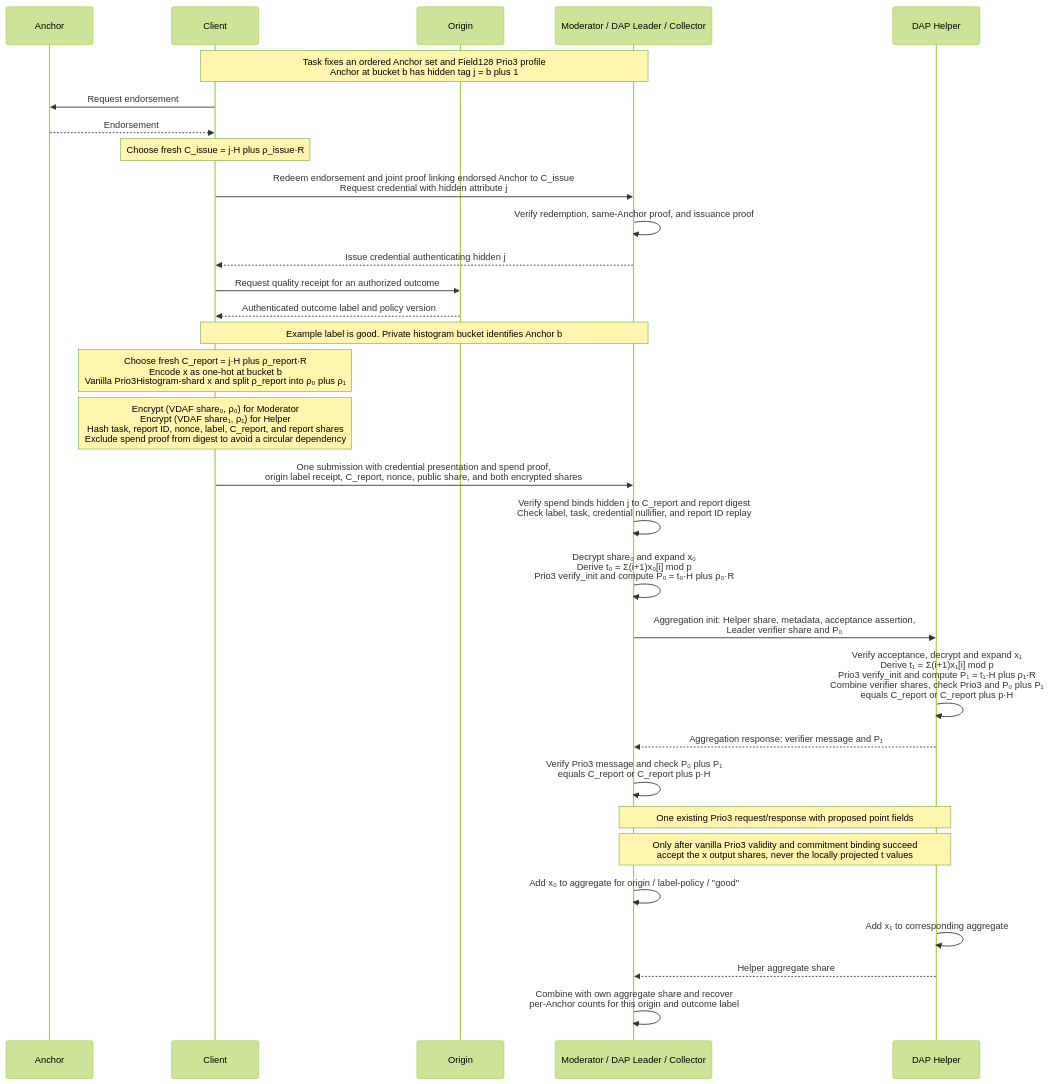
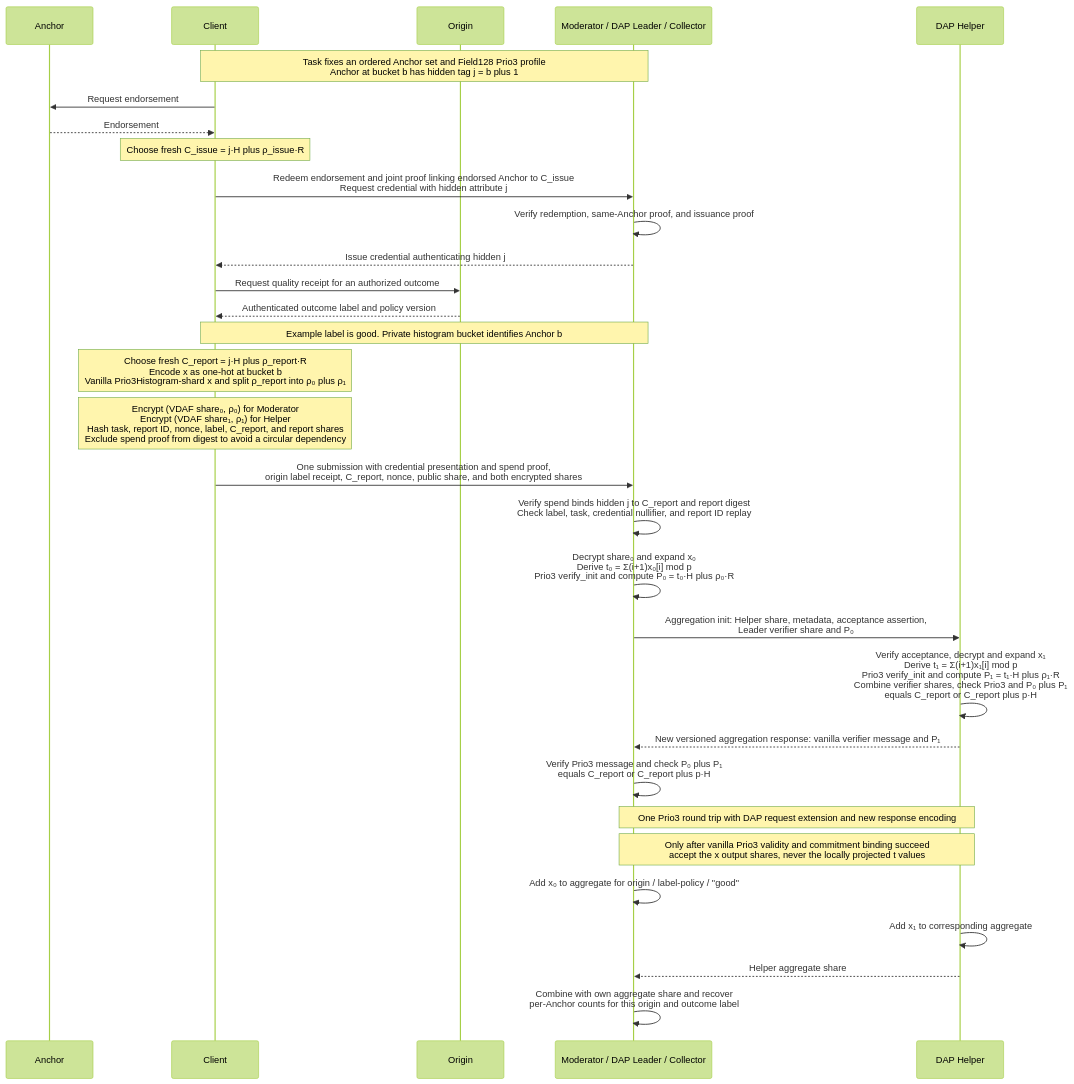
The diagram in quality-report-sequence.mmd (chris-wood/mole-reporting), drawn with Mermaid (forest theme) before and after one commit. The commit also changed 4 other files, not shown here.

```diff
--- a/quality-report-sequence.mmd
+++ b/quality-report-sequence.mmd
@@ -1,39 +1,39 @@
 sequenceDiagram
     participant A as Anchor
     participant C as Client
     participant O as Origin
     participant M as Moderator / DAP Leader / Collector
     participant H as DAP Helper
 
     Note over C,M: Task fixes an ordered Anchor set and Field128 Prio3 profile<br/>Anchor at bucket b has hidden tag j = b plus 1
 
     C->>A: Request endorsement
     A-->>C: Endorsement
 
     Note over C: Choose fresh C_issue = j·H plus ρ_issue·R
     C->>M: Redeem endorsement and joint proof linking endorsed Anchor to C_issue<br/>Request credential with hidden attribute j
     M->>M: Verify redemption, same-Anchor proof, and issuance proof
     M-->>C: Issue credential authenticating hidden j
 
     C->>O: Request quality receipt for an authorized outcome
     O-->>C: Authenticated outcome label and policy version
     Note over C,M: Example label is good. Private histogram bucket identifies Anchor b
 
     Note over C: Choose fresh C_report = j·H plus ρ_report·R<br/>Encode x as one-hot at bucket b<br/>Vanilla Prio3Histogram-shard x and split ρ_report into ρ₀ plus ρ₁
     Note over C: Encrypt (VDAF share₀, ρ₀) for Moderator<br/>Encrypt (VDAF share₁, ρ₁) for Helper<br/>Hash task, report ID, nonce, label, C_report, and report shares<br/>Exclude spend proof from digest to avoid a circular dependency
 
     C->>M: One submission with credential presentation and spend proof,<br/>origin label receipt, C_report, nonce, public share, and both encrypted shares
     M->>M: Verify spend binds hidden j to C_report and report digest<br/>Check label, task, credential nullifier, and report ID replay
     M->>M: Decrypt share₀ and expand x₀<br/>Derive t₀ = Σ(i+1)x₀[i] mod p<br/>Prio3 verify_init and compute P₀ = t₀·H plus ρ₀·R
     M->>H: Aggregation init: Helper share, metadata, acceptance assertion,<br/>Leader verifier share and P₀
     H->>H: Verify acceptance, decrypt and expand x₁<br/>Derive t₁ = Σ(i+1)x₁[i] mod p<br/>Prio3 verify_init and compute P₁ = t₁·H plus ρ₁·R<br/>Combine verifier shares, check Prio3 and P₀ plus P₁<br/>equals C_report or C_report plus p·H
-    H-->>M: Aggregation response: verifier message and P₁
+    H-->>M: New versioned aggregation response: vanilla verifier message and P₁
     M->>M: Verify Prio3 message and check P₀ plus P₁<br/>equals C_report or C_report plus p·H
-    Note over M,H: One existing Prio3 request/response with proposed point fields
+    Note over M,H: One Prio3 round trip with DAP request extension and new response encoding
 
     Note over M,H: Only after vanilla Prio3 validity and commitment binding succeed<br/>accept the x output shares, never the locally projected t values
     M->>M: Add x₀ to aggregate for origin / label-policy / "good"
     H->>H: Add x₁ to corresponding aggregate
 
     H-->>M: Helper aggregate share
     M->>M: Combine with own aggregate share and recover<br/>per-Anchor counts for this origin and outcome label
```
